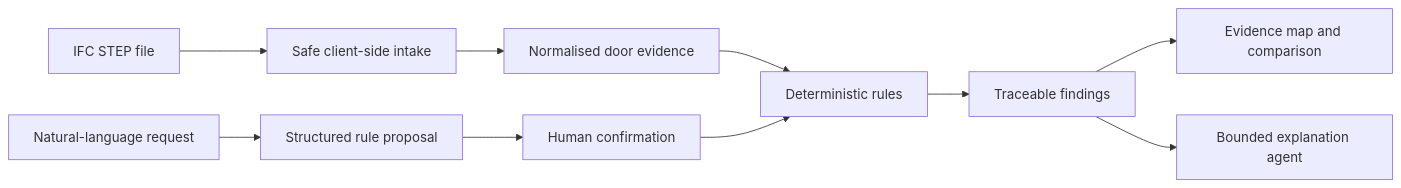
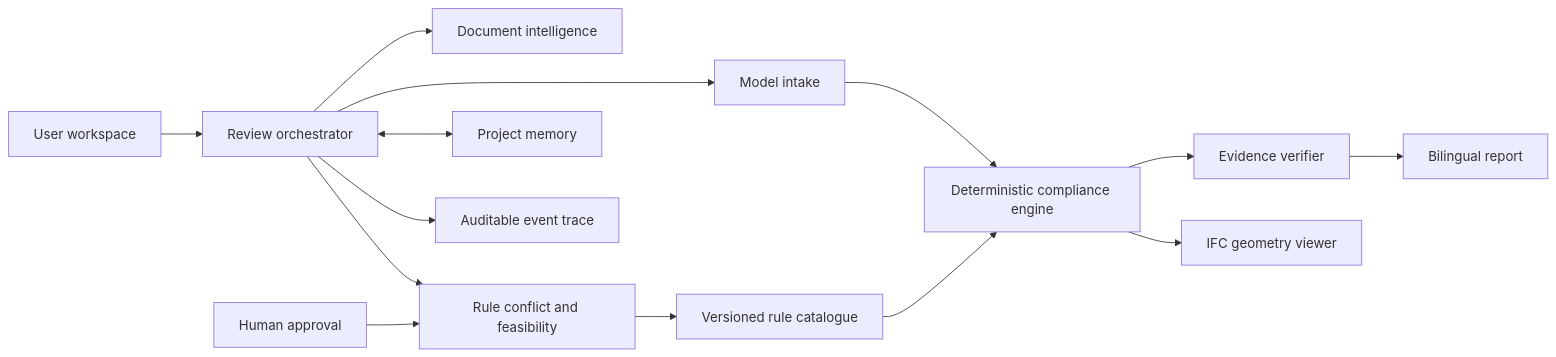
Before and after one commit to junnaifj/bim-compliance-evidence-agent: the diagram in docs/ARCHITECTURE.md, drawn with Mermaid. The commit also changed other lines of this file and 40 other files, not shown here.

Commit message:
feat: build traceable BIM compliance agent

````diff
--- a/docs/ARCHITECTURE.md
+++ b/docs/ARCHITECTURE.md
@@ -5,12 +7,16 @@
 ```mermaid
 flowchart LR
-  IFC[IFC STEP file] --> Intake[Safe client-side intake]
-  Intake --> Facts[Normalised door evidence]
-  Facts --> Engine[Deterministic rules]
-  Engine --> Findings[Traceable findings]
-  Findings --> UI[Evidence map and comparison]
-  Findings --> Agent[Bounded explanation agent]
-  NL[Natural-language request] --> Proposal[Structured rule proposal]
-  Proposal --> Gate[Human confirmation]
-  Gate --> Engine
+    U[User workspace] --> O[Review orchestrator]
+    O --> I[Model intake]
+    O --> D[Document intelligence]
+    O --> R[Rule conflict and feasibility]
+    H[Human approval] --> R
+    R --> C[Versioned rule catalogue]
+    I --> E[Deterministic compliance engine]
+    C --> E
+    E --> V[Evidence verifier]
+    E --> G[IFC geometry viewer]
+    V --> P[Bilingual report]
+    O <--> M[Project memory]
+    O --> T[Auditable event trace]
 ```
````
